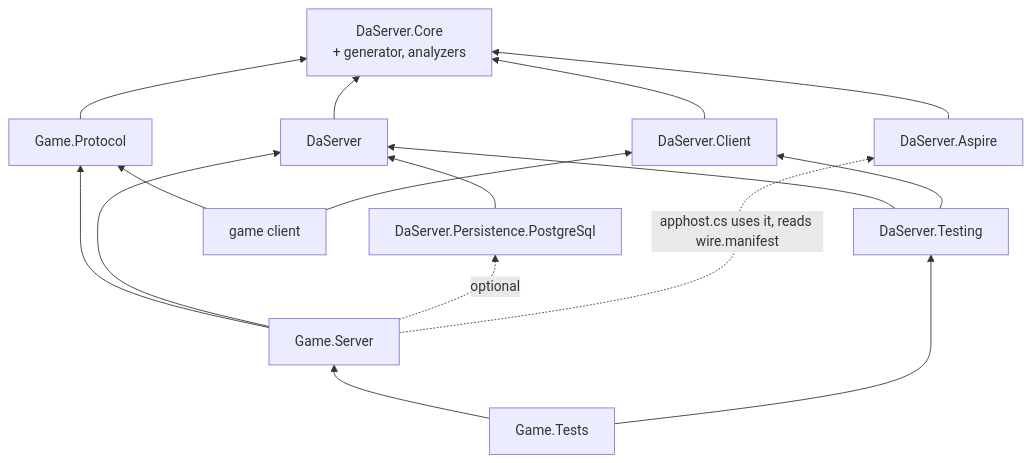
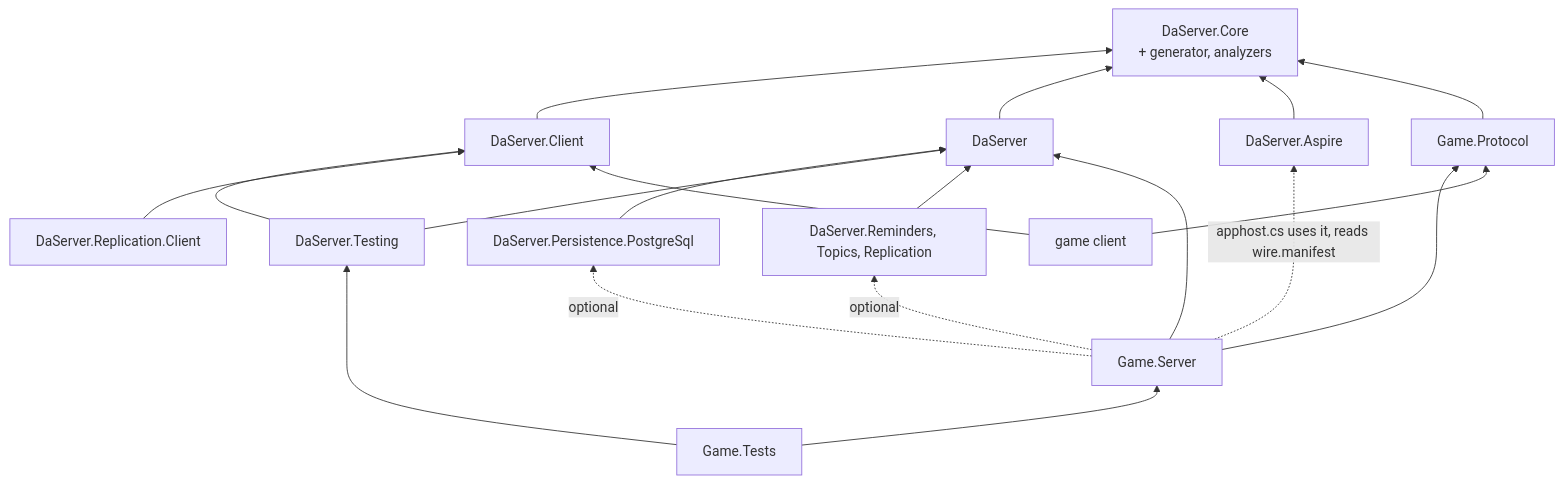
One commit to JasonXuDeveloper/DaServer changed the diagram in doc/drafts/architecture.md. Above: the diagram before and after it, drawn with Mermaid. The commit also changed other lines of this file and 4 other files, not shown here.

````diff
--- a/doc/drafts/architecture.md
+++ b/doc/drafts/architecture.md
@@ -57,20 +71,23 @@
 ```mermaid
 flowchart BT
     Core["DaServer.Core<br/>+ generator, analyzers"]
     Client[DaServer.Client] --> Core
     Server[DaServer] --> Core
     PG[DaServer.Persistence.PostgreSql] --> Server
     Testing[DaServer.Testing] --> Server
     Testing --> Client
     Aspire[DaServer.Aspire] --> Core
+    Caps["DaServer.Reminders, Topics, Replication"] --> Server
+    RepClient[DaServer.Replication.Client] --> Client
 
     Protocol[Game.Protocol] --> Core
     GameServer[Game.Server] --> Protocol
     GameServer --> Server
     GameServer -.->|optional| PG
+    GameServer -.->|optional| Caps
     GameClient[game client] --> Protocol
     GameClient --> Client
     Tests[Game.Tests] --> GameServer
     Tests --> Testing
     GameServer -.->|"apphost.cs uses it, reads wire.manifest"| Aspire
 ```
````
